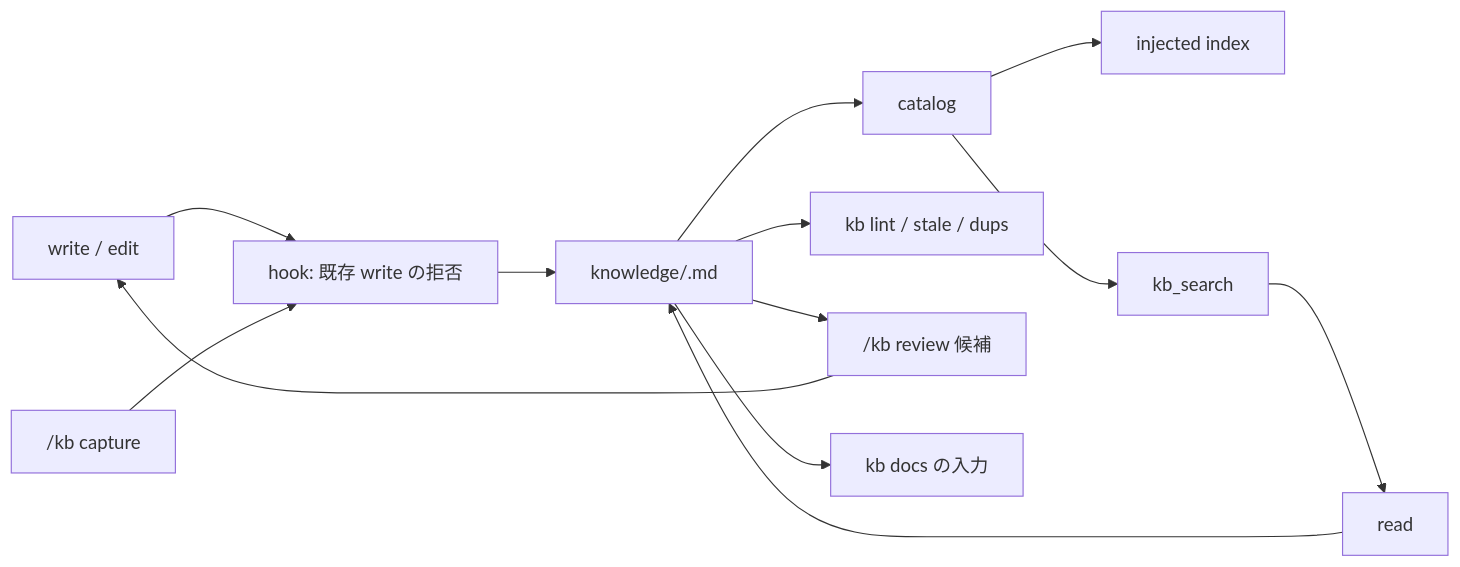
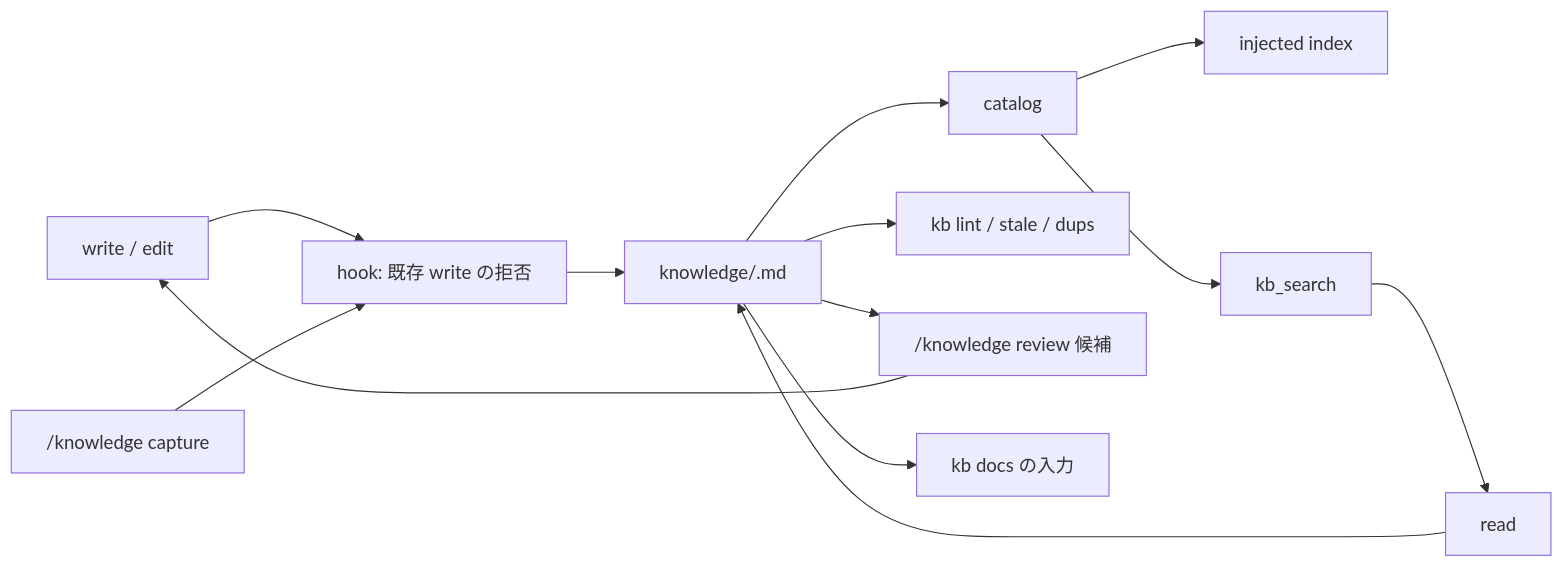
Before and after one commit to kurowashi/pi-knowledge: the diagram in DESIGN.md, drawn with Mermaid. The commit also changed other lines of this file and 15 other files, not shown here.

````diff
--- a/DESIGN.md
+++ b/DESIGN.md
@@ -71,14 +71,14 @@
 ```mermaid
 flowchart LR
   W["write / edit"] --> H["hook: 既存 write の拒否"]
   H --> K["knowledge/<id>.md"]
-  CAP["/kb capture"] --> H
+  CAP["/knowledge capture"] --> H
   K --> C[catalog]
   C --> I["injected index"]
   C --> S["kb_search"]
   S --> R[read]
   R --> K
   K --> L["kb lint / stale / dups"]
-  K --> RV["/kb review 候補"] --> W
+  K --> RV["/knowledge review 候補"] --> W
   K --> T["kb docs の入力"]
 ```
````
